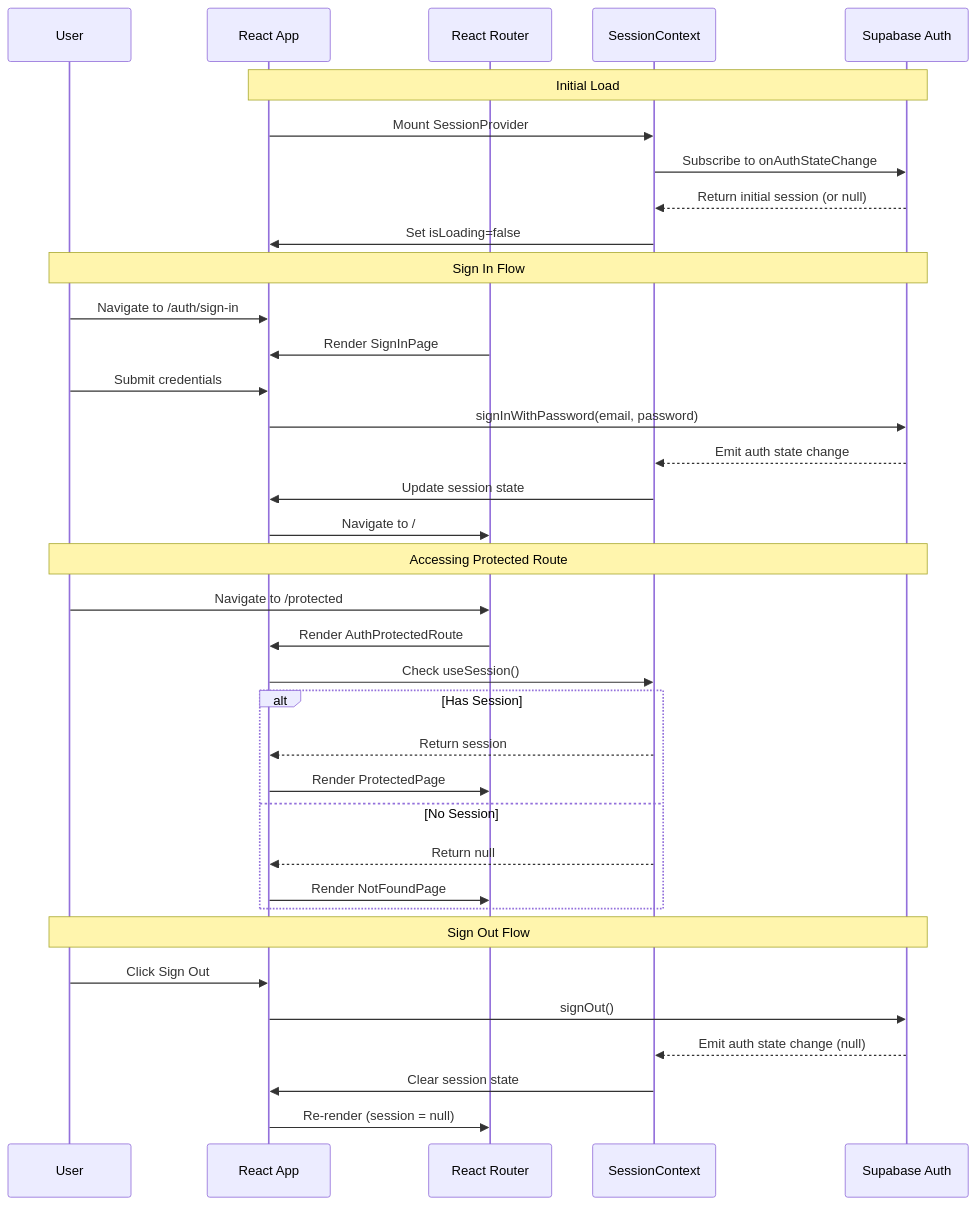
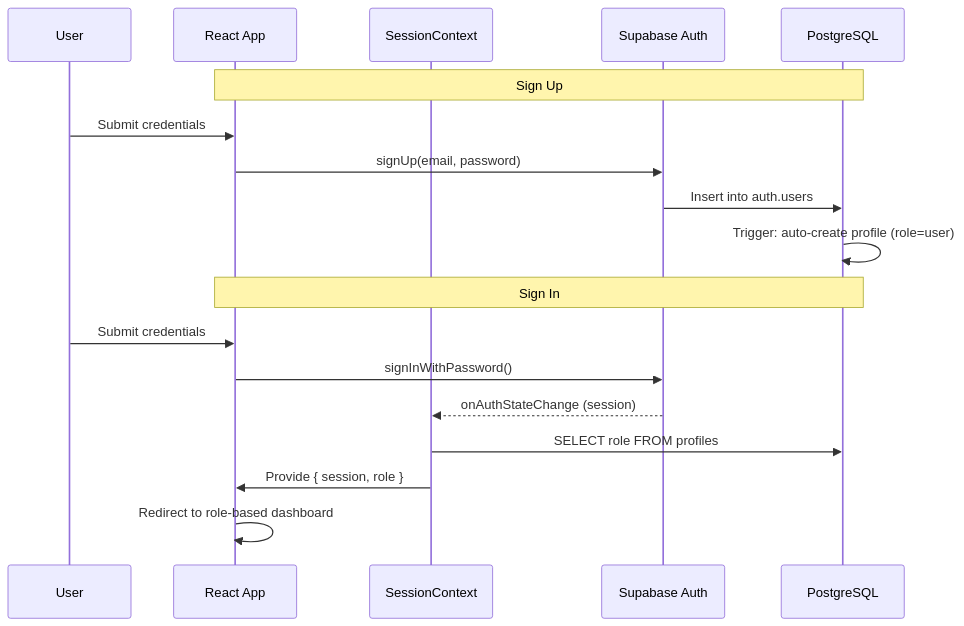
Before and after one commit to rezanaidji/PawConnect-Claude: the first of 2 diagrams in README.md, drawn with Mermaid. The commit also changed other lines of this file and 25 other files, not shown here.

First line of the commit message:
feat: add RBAC, dashboards, profile settings, AI chat, and landing page

````diff
--- a/README.md
+++ b/README.md
@@ -134,42 +153,22 @@
 ```mermaid
 sequenceDiagram
     participant User
     participant App as React App
-    participant Router as React Router
     participant Context as SessionContext
     participant Supabase as Supabase Auth
+    participant DB as PostgreSQL
 
-    Note over App,Supabase: Initial Load
-    App->>Context: Mount SessionProvider
-    Context->>Supabase: Subscribe to onAuthStateChange
-    Supabase-->>Context: Return initial session (or null)
-    Context->>App: Set isLoading=false
+    Note over App,DB: Sign Up
+    User->>App: Submit credentials
+    App->>Supabase: signUp(email, password)
+    Supabase->>DB: Insert into auth.users
+    DB->>DB: Trigger: auto-create profile (role=user)
 
-    Note over User,Supabase: Sign In Flow
-    User->>App: Navigate to /auth/sign-in
-    Router->>App: Render SignInPage
+    Note over App,DB: Sign In
     User->>App: Submit credentials
-    App->>Supabase: signInWithPassword(email, password)
-    Supabase-->>Context: Emit auth state change
-    Context->>App: Update session state
-    App->>Router: Navigate to /
-
-    Note over User,Supabase: Accessing Protected Route
-    User->>Router: Navigate to /protected
-    Router->>App: Render AuthProtectedRoute
-    App->>Context: Check useSession()
-    alt Has Session
-        Context-->>App: Return session
-        App->>Router: Render ProtectedPage
-    else No Session
-        Context-->>App: Return null
-        App->>Router: Render NotFoundPage
-    end
-
-    Note over User,Supabase: Sign Out Flow
-    User->>App: Click Sign Out
-    App->>Supabase: signOut()
-    Supabase-->>Context: Emit auth state change (null)
-    Context->>App: Clear session state
-    App->>Router: Re-render (session = null)
+    App->>Supabase: signInWithPassword()
+    Supabase-->>Context: onAuthStateChange (session)
+    Context->>DB: SELECT role FROM profiles
+    Context->>App: Provide { session, role }
+    App->>App: Redirect to role-based dashboard
 ```
````
